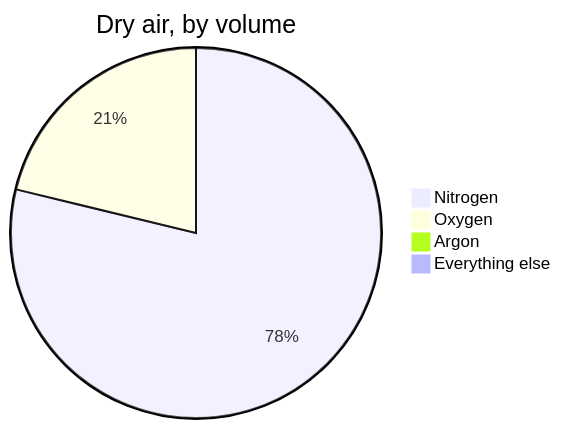
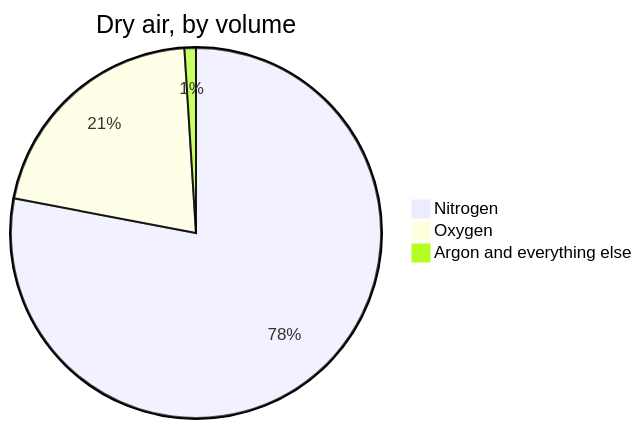
Before and after one commit to russellgordon/containerized-quartz-for-teachers: the third of 3 diagrams in support/example_content/SCH3U/shared/Style/What This Site Can Do.md, drawn with Mermaid. The commit also changed 2 other files, not shown here.

Commit message:
A pie chart cannot label a 0.1% slice
Two sub-1% slices sat at almost the same angle, and mermaid places each
percentage at its slice's mid-angle with no collision avoidance: "1%" at
x=512 and "0%" at x=516, both 20px wide, printed on top of each other.

Mermaid's part is real and not configurable. But the diagram was also
asking for something a pie chart cannot do: 0.1% rounds to "0%", so even
with perfect placement that label said nothing.

Argon and the trace gases are now one 1% slice, in the three payloads
that had the pair — SCH3U, SNC2D and SNC1W. The footnote still lands:
carbon dioxide really is inside that last sliver.

A sweep of all 33 pie charts found no other chart with two slices under
3% or any slice rounding to zero. Verified on a real build: no
overlapping labels, and the chart reads 78 / 21 / 1.

````diff
--- a/support/example_content/SCH3U/shared/Style/What This Site Can Do.md
+++ b/support/example_content/SCH3U/shared/Style/What This Site Can Do.md
@@ -242,7 +242,6 @@
 ```mermaid
 pie title Dry air, by volume
     "Nitrogen" : 78
     "Oxygen" : 21
-    "Argon" : 0.9
-    "Everything else" : 0.1
+    "Argon and everything else" : 1
 ```
````
